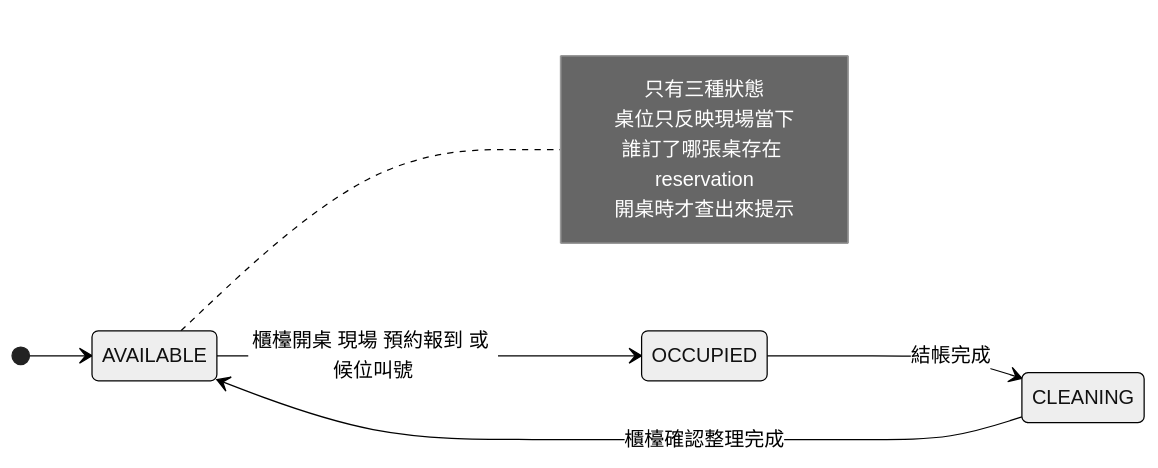
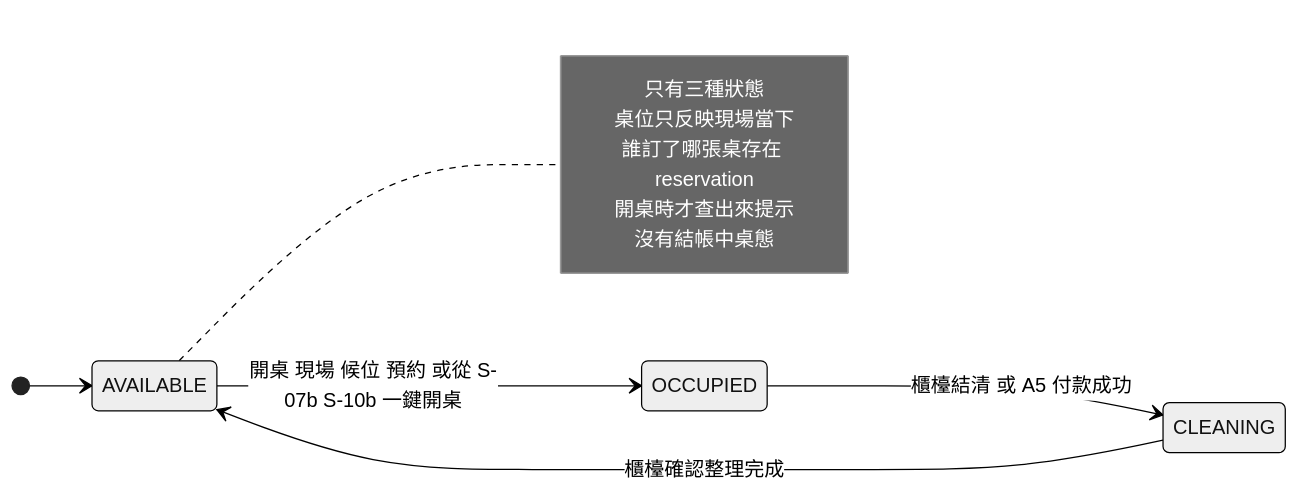
One commit to harry-wann/smart-order changed the ninth of 15 diagrams in docs/spec/06-圖表總覽.md. Above: the diagram before and after it, drawn with Mermaid (neutral theme). The commit also changed other lines of this file and 91 other files, not shown here.

````diff
--- a/docs/spec/06-圖表總覽.md
+++ b/docs/spec/06-圖表總覽.md
@@ -613,15 +629,16 @@
 ```mermaid
 stateDiagram-v2
     direction LR
     [*] --> AVAILABLE
-    AVAILABLE --> OCCUPIED : 櫃檯開桌 現場 預約報到 或 候位叫號
-    OCCUPIED --> CLEANING : 結帳完成
+    AVAILABLE --> OCCUPIED : 開桌 現場 候位 預約 或從 S-07b S-10b 一鍵開桌
+    OCCUPIED --> CLEANING : 櫃檯結清 或 A5 付款成功
     CLEANING --> AVAILABLE : 櫃檯確認整理完成
 
     note right of AVAILABLE
         只有三種狀態
         桌位只反映現場當下
         誰訂了哪張桌存在 reservation
         開桌時才查出來提示
+        沒有結帳中桌態
     end note
 ```
````
